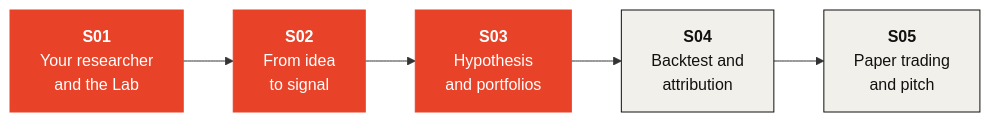
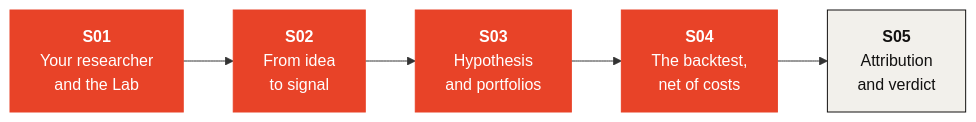
The diagram in README.md (KaxaNuk/Investment-Bootcamp), drawn with Mermaid before and after one commit. The commit also changed other lines of this file and 8 other files, not shown here.

````diff
--- a/README.md
+++ b/README.md
@@ -52,12 +57,12 @@
 ```mermaid
 flowchart LR
     S01["<b>S01</b><br/>Your researcher<br/>and the Lab"] --> S02["<b>S02</b><br/>From idea<br/>to signal"]
     S02 --> S03["<b>S03</b><br/>Hypothesis<br/>and portfolios"]
-    S03 --> S04["<b>S04</b><br/>Backtest and<br/>attribution"]
-    S04 --> S05["<b>S05</b><br/>Paper trading<br/>and pitch"]
+    S03 --> S04["<b>S04</b><br/>The backtest,<br/>net of costs"]
+    S04 --> S05["<b>S05</b><br/>Attribution<br/>and verdict"]
     style S01 fill:#E84328,stroke:#E84328,color:#ffffff
     style S02 fill:#E84328,stroke:#E84328,color:#ffffff
     style S03 fill:#E84328,stroke:#E84328,color:#ffffff
-    style S04 fill:#F2F0EB,stroke:#121110,color:#121110
+    style S04 fill:#E84328,stroke:#E84328,color:#ffffff
     style S05 fill:#F2F0EB,stroke:#121110,color:#121110
 ```
````
